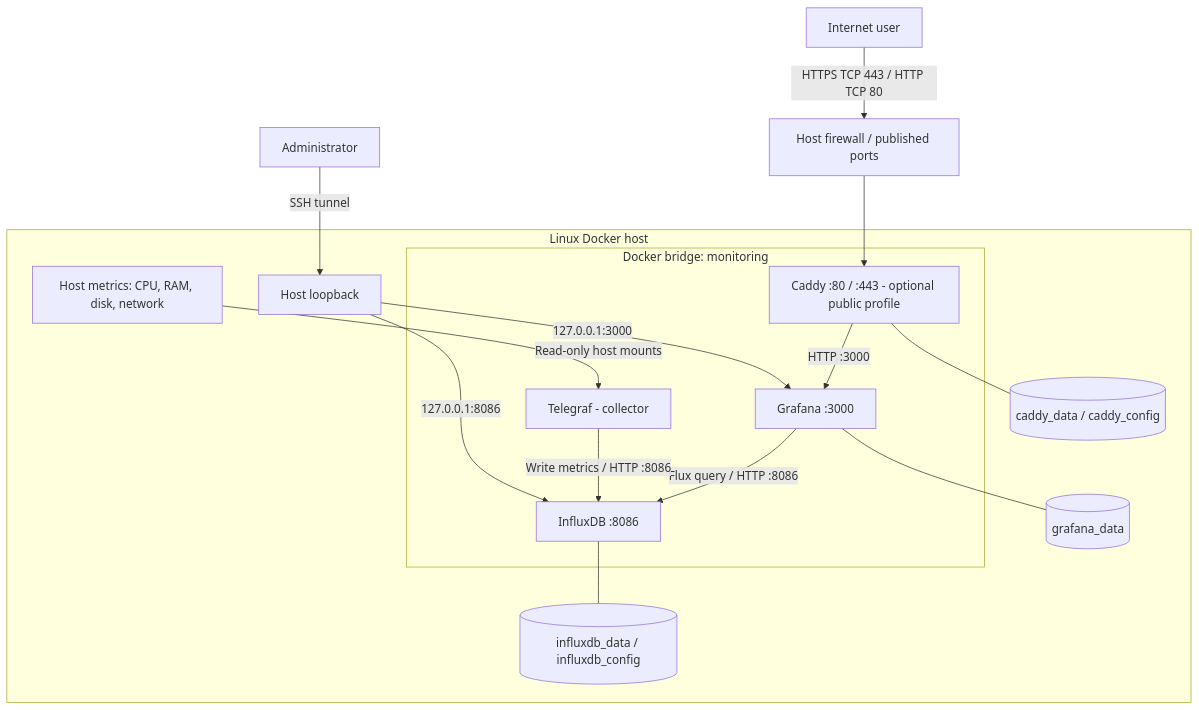
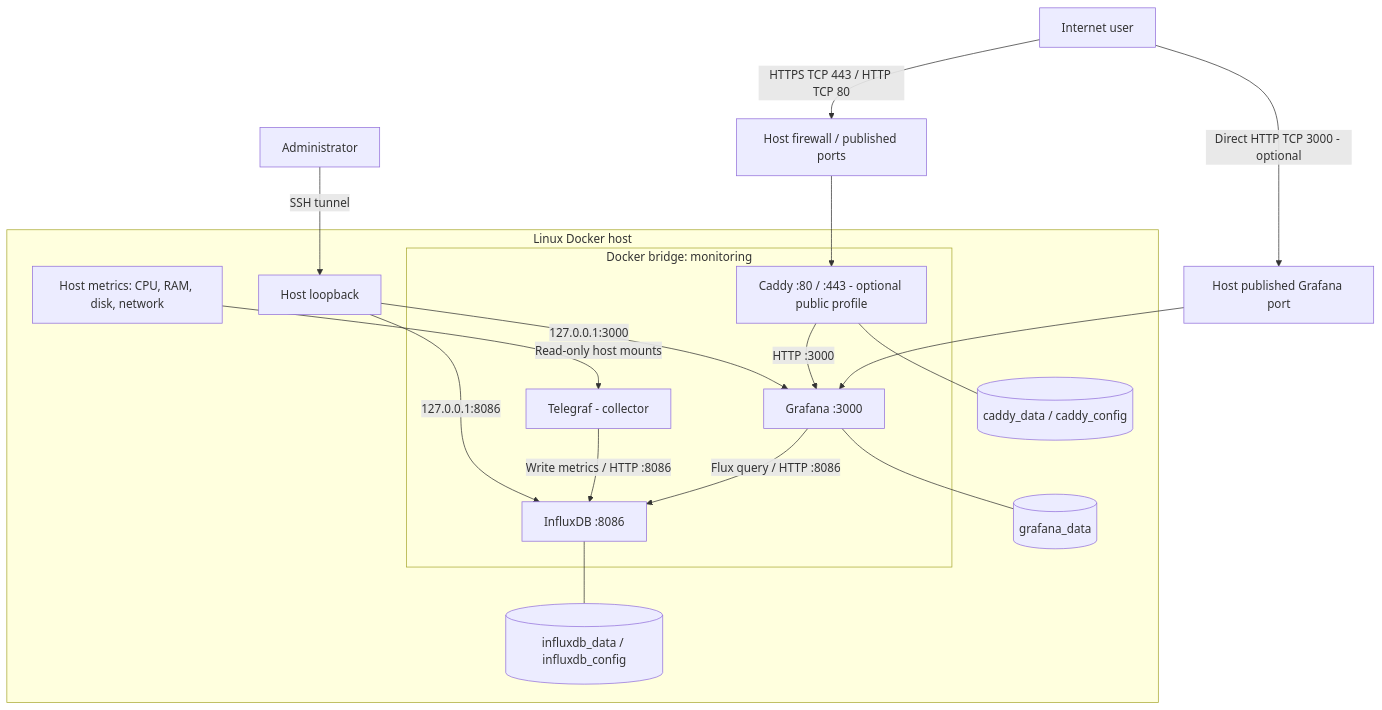
One commit to ryanit-sys/monitoring-stack changed the diagram in README.md. Above: the diagram before and after it, drawn with Mermaid. The commit also changed other lines of this file and 2 other files, not shown here.

Commit message:
feat: document direct IP access and support floating image tags

````diff
--- a/README.md
+++ b/README.md
@@ -7,25 +7,27 @@
 ```mermaid
 flowchart TD
     U["Internet user"] -->|"HTTPS TCP 443 / HTTP TCP 80"| F["Host firewall / published ports"]
+    U -->|"Direct HTTP TCP 3000 - optional"| P["Host published Grafana port"]
+    P --> G
     A["Administrator"] -->|"SSH tunnel"| L["Host loopback"]
     subgraph H["Linux Docker host"]
         M["Host metrics: CPU, RAM, disk, network"]
         L
         subgraph N["Docker bridge: monitoring"]
             C["Caddy :80 / :443 - optional public profile"]
             G["Grafana :3000"]
             T["Telegraf - collector"]
             I["InfluxDB :8086"]
             C -->|"HTTP :3000"| G
             G -->|"Flux query / HTTP :8086"| I
             T -->|"Write metrics / HTTP :8086"| I
         end
         M -->|"Read-only host mounts"| T
         L -->|"127.0.0.1:3000"| G
         L -->|"127.0.0.1:8086"| I
         G --- GV[("grafana_data")]
         I --- IV[("influxdb_data / influxdb_config")]
         C --- CV[("caddy_data / caddy_config")]
     end
     F --> C
 ```
````
